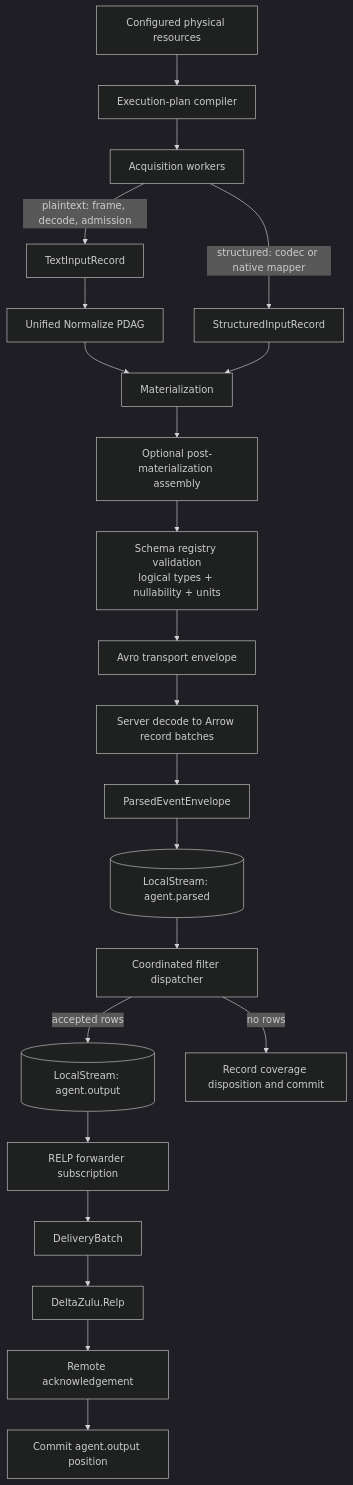
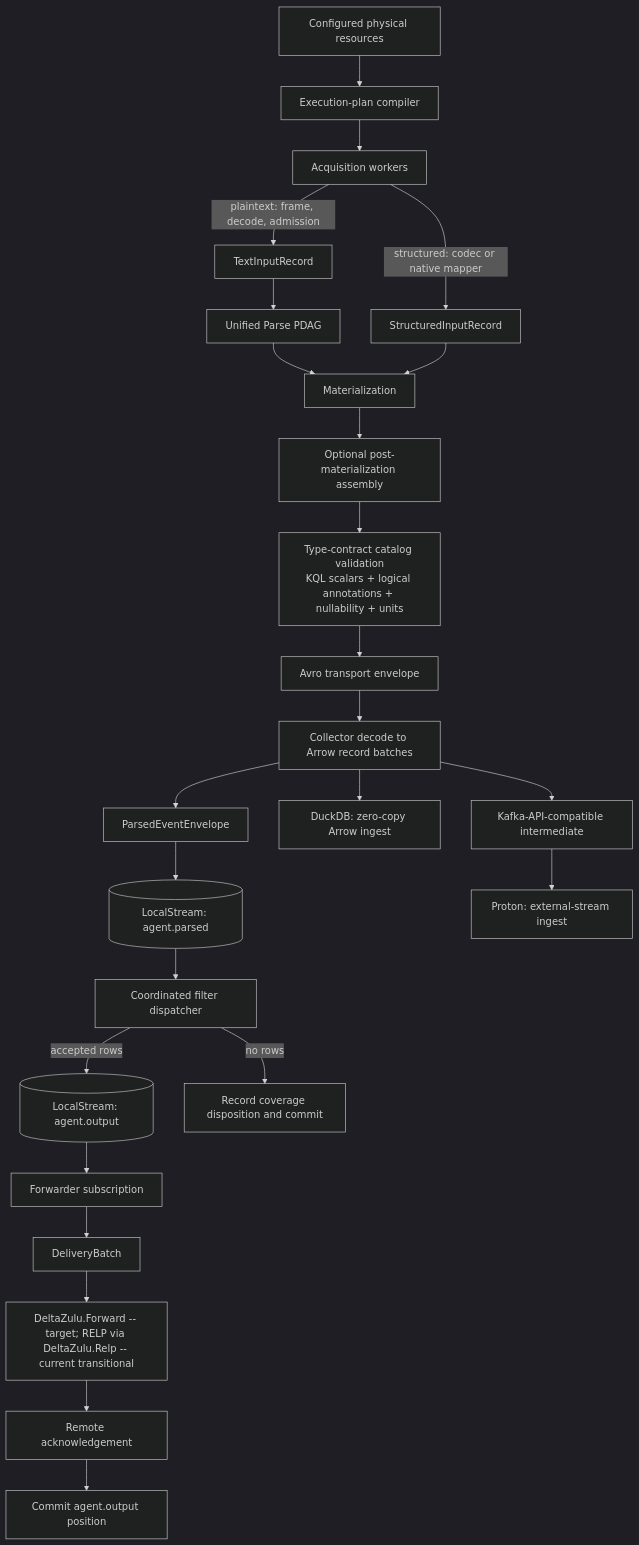
The diagram in docs/ARCHITECTURE.md (DeltaZulu-OU/DeltaZulu.Agent), drawn with Mermaid (dark theme) before and after one commit. The commit also changed other lines of this file and 21 other files, not shown here.

Commit message:
Align docs and code with the v1.1 type-fidelity design record

````diff
--- a/docs/ARCHITECTURE.md
+++ b/docs/ARCHITECTURE.md
@@ -33,25 +45,28 @@
 ```mermaid
 flowchart TD
     R[Configured physical resources] --> P[Execution-plan compiler]
     P --> A[Acquisition workers]
     A -->|plaintext: frame, decode, admission| T[TextInputRecord]
     A -->|structured: codec or native mapper| S[StructuredInputRecord]
-    T --> N[Unified Normalize PDAG]
+    T --> N[Unified Parse PDAG]
     N --> M[Materialization]
     S --> M
     M --> AS[Optional post-materialization assembly]
-    AS --> SC[Schema registry validation
-logical types + nullability + units]
+    AS --> SC[Type-contract catalog validation
+KQL scalars + logical annotations + nullability + units]
     SC --> AV[Avro transport envelope]
-    AV --> AR[Server decode to Arrow record batches]
+    AV --> AR[Collector decode to Arrow record batches]
     AR --> PE[ParsedEventEnvelope]
     PE --> PS[(LocalStream: agent.parsed)]
     PS --> FD[Coordinated filter dispatcher]
     FD -->|accepted rows| OS[(LocalStream: agent.output)]
     FD -->|no rows| D[Record coverage disposition and commit]
-    OS --> RF[RELP forwarder subscription]
+    OS --> RF[Forwarder subscription]
     RF --> B[DeliveryBatch]
-    B --> RELP[DeltaZulu.Relp]
-    RELP --> ACK[Remote acknowledgement]
+    B --> FWD[DeltaZulu.Forward -- target; RELP via DeltaZulu.Relp -- current transitional]
+    FWD --> ACK[Remote acknowledgement]
     ACK --> C[Commit agent.output position]
+    AR --> DDB[DuckDB: zero-copy Arrow ingest]
+    AR --> KI[Kafka-API-compatible intermediate]
+    KI --> PROTON[Proton: external-stream ingest]
 ```
````
